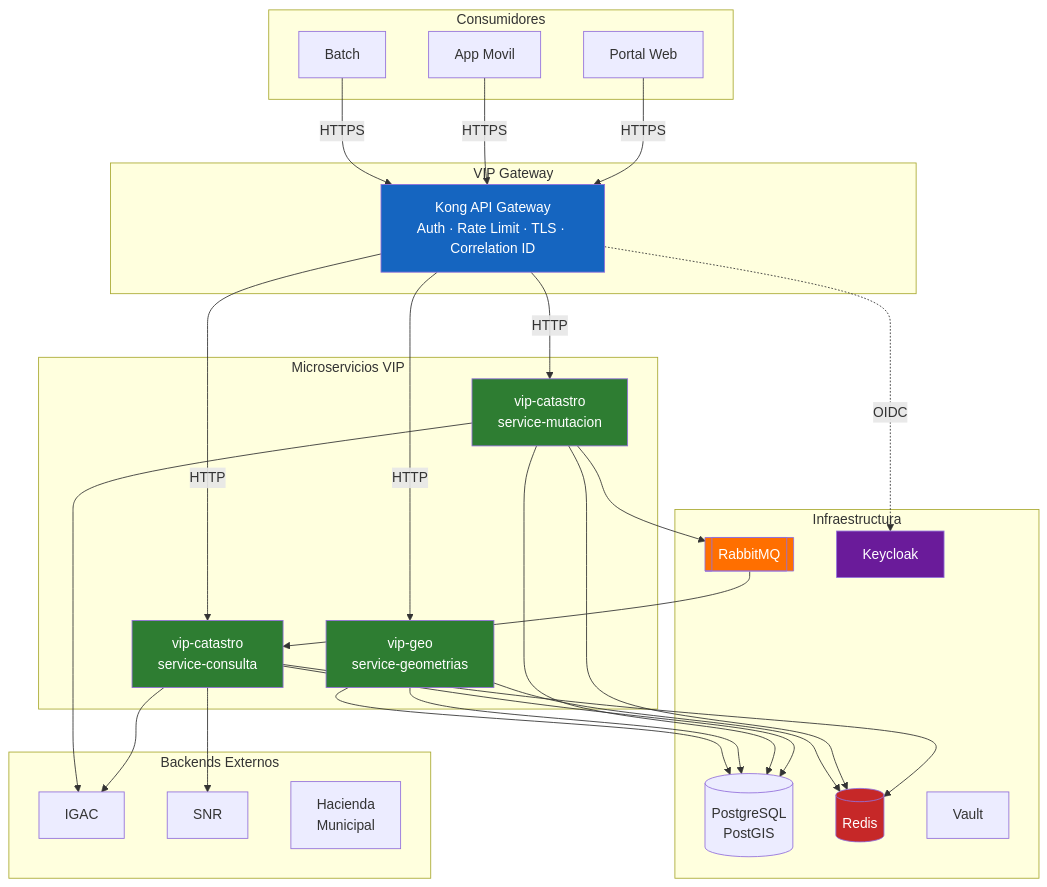
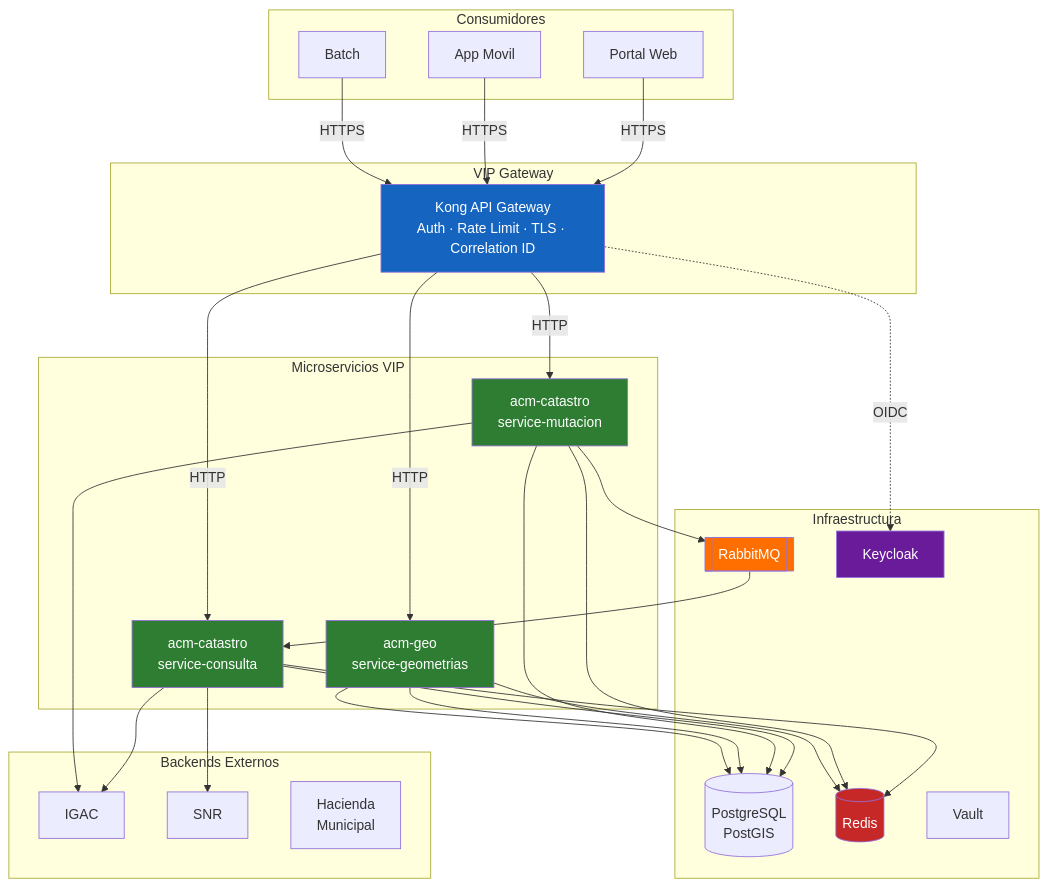
Before and after one commit to Fsega08/vip-lineamientos-wiki: the second of 5 diagrams in overview.md, drawn with Mermaid. The commit also changed other lines of this file and 17 other files, not shown here.

First line of the commit message:
Cambiar prefijo de vip a acm en toda la wiki

````diff
--- a/overview.md
+++ b/overview.md
@@ -60,53 +60,53 @@
 ```mermaid
 graph TB
     subgraph Consumidores
         PW[Portal Web]
         AM[App Movil]
         BT[Batch]
     end
 
     subgraph VIP Gateway
         KONG[Kong API Gateway<br>Auth · Rate Limit · TLS · Correlation ID]
     end
 
     subgraph Microservicios VIP
-        CC[vip-catastro<br>service-consulta]
-        CM[vip-catastro<br>service-mutacion]
-        GS[vip-geo<br>service-geometrias]
+        CC[acm-catastro<br>service-consulta]
+        CM[acm-catastro<br>service-mutacion]
+        GS[acm-geo<br>service-geometrias]
     end
 
     subgraph Infraestructura
         PG[(PostgreSQL<br>PostGIS)]
         RD[(Redis)]
         RQ[[RabbitMQ]]
         KC[Keycloak]
         VT[Vault]
     end
 
     subgraph Backends Externos
         IGAC[IGAC]
         SNR[SNR]
         HAC[Hacienda<br>Municipal]
     end
 
     PW & AM & BT -->|HTTPS| KONG
     KONG -->|HTTP| CC & CM & GS
     KONG -.->|OIDC| KC
 
     CC & CM & GS --> PG
     CC & CM & GS --> RD
     CM --> RQ
     RQ --> CC
 
     CC --> IGAC & SNR
     CM --> IGAC
     GS --> PG
 
     style KONG fill:#1565C0,color:#fff
     style CC fill:#2E7D32,color:#fff
     style CM fill:#2E7D32,color:#fff
     style GS fill:#2E7D32,color:#fff
     style RD fill:#C62828,color:#fff
     style RQ fill:#FF6F00,color:#fff
     style KC fill:#6A1B9A,color:#fff
 ```
````
